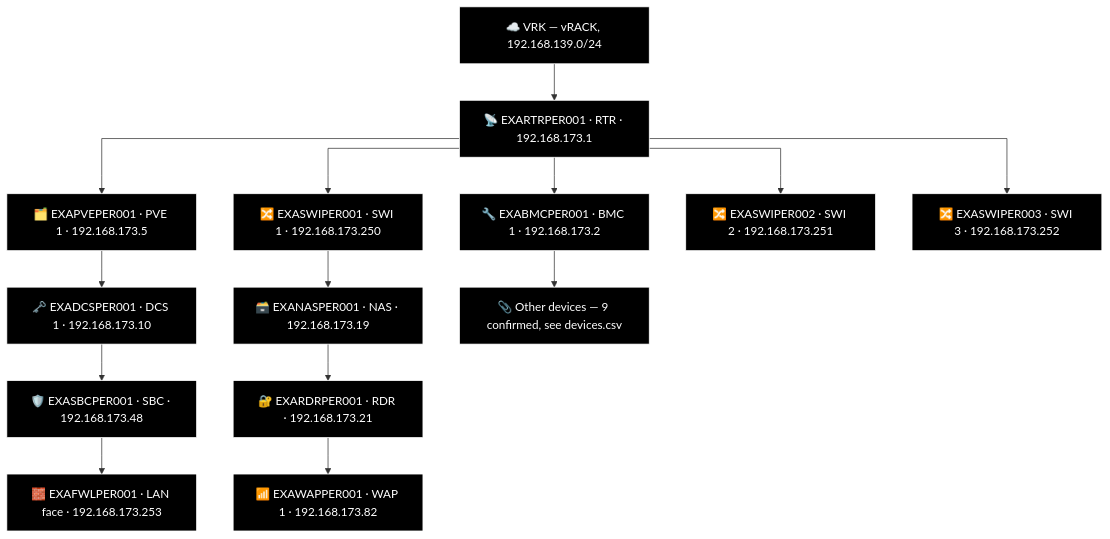
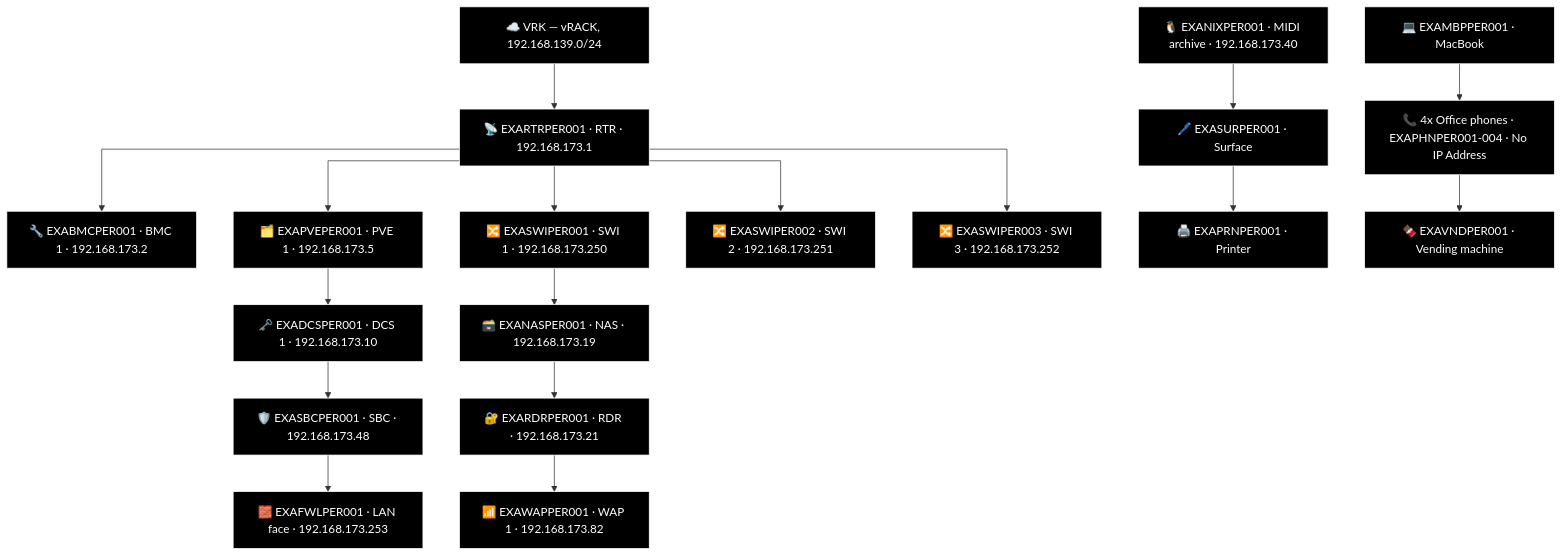
Diagram 12 of 14 in docs/network-diagram/scotland.md (knightmare2600/example_music_infra), drawn with Mermaid before and after one commit. The commit also changed other lines of this file and 8 other files, not shown here.

First line of the commit message:
generate_network_diagrams.py: port FAL's two-column "Other" bucket into the generator

````diff
--- a/docs/network-diagram/scotland.md
+++ b/docs/network-diagram/scotland.md
@@ -575,43 +596,54 @@
 ```mermaid
 %% GENERATED:TOPOLOGY:PER:START
 %%{init: {'flowchart': {'curve': 'stepAfter'}}}%%
 graph TD
     T_VRK["☁️ VRK — vRACK, 192.168.139.0/24"]
     T_RTR["📡 EXARTRPER001 · RTR · 192.168.173.1"]
     T_VRK --> T_RTR
     T_BMC["🔧 EXABMCPER001 · BMC 1 · 192.168.173.2"]
     T_RTR --> T_BMC
     T_PVE["🗂️ EXAPVEPER001 · PVE 1 · 192.168.173.5"]
     T_RTR --> T_PVE
     T_SWI["🔀 EXASWIPER001 · SWI 1 · 192.168.173.250"]
     T_RTR --> T_SWI
     T_SWI2["🔀 EXASWIPER002 · SWI 2 · 192.168.173.251"]
     T_RTR --> T_SWI2
     T_SWI3["🔀 EXASWIPER003 · SWI 3 · 192.168.173.252"]
     T_RTR --> T_SWI3
     T_NAS["🗃️ EXANASPER001 · NAS · 192.168.173.19"]
     T_RDR["🔐 EXARDRPER001 · RDR · 192.168.173.21"]
     T_WAP["📶 EXAWAPPER001 · WAP 1 · 192.168.173.82"]
     T_SWI --> T_NAS --> T_RDR --> T_WAP
     T_DCS["🗝️ EXADCSPER001 · DCS 1 · 192.168.173.10"]
     T_SBC["🛡️ EXASBCPER001 · SBC · 192.168.173.48"]
     T_FWL["🧱 EXAFWLPER001 · LAN face · 192.168.173.253"]
     T_PVE --> T_DCS --> T_SBC --> T_FWL
-    T_OTHER["📎 Other devices — 9 confirmed, see devices.csv"]
-    T_BMC --> T_OTHER
+    T_NIX["🐧 EXANIXPER001 · MIDI archive · 192.168.173.40"]
+    T_MBP["💻 EXAMBPPER001 · MacBook"]
+    T_SUR["🖊️ EXASURPER001 · Surface"]
+    T_OTH_PHN["📞 4x Office phones · EXAPHNPER001-004 · No IP Address"]
+    T_PRN["🖨️ EXAPRNPER001 · Printer"]
+    T_VND["🍫 EXAVNDPER001 · Vending machine"]
+    T_NIX --> T_SUR --> T_PRN
+    T_MBP --> T_OTH_PHN --> T_VND
     style T_VRK fill:#000000,stroke:#FFFFFF,color:#FFFFFF
     style T_RTR fill:#000000,stroke:#FFFFFF,color:#FFFFFF
     style T_BMC fill:#000000,stroke:#FFFFFF,color:#FFFFFF
     style T_PVE fill:#000000,stroke:#FFFFFF,color:#FFFFFF
     style T_SWI fill:#000000,stroke:#FFFFFF,color:#FFFFFF
     style T_SWI2 fill:#000000,stroke:#FFFFFF,color:#FFFFFF
     style T_SWI3 fill:#000000,stroke:#FFFFFF,color:#FFFFFF
     style T_NAS fill:#000000,stroke:#FFFFFF,color:#FFFFFF
     style T_RDR fill:#000000,stroke:#FFFFFF,color:#FFFFFF
     style T_WAP fill:#000000,stroke:#FFFFFF,color:#FFFFFF
     style T_DCS fill:#000000,stroke:#FFFFFF,color:#FFFFFF
     style T_SBC fill:#000000,stroke:#FFFFFF,color:#FFFFFF
     style T_FWL fill:#000000,stroke:#FFFFFF,color:#FFFFFF
-    style T_OTHER fill:#000000,stroke:#FFFFFF,color:#FFFFFF
+    style T_NIX fill:#000000,stroke:#FFFFFF,color:#FFFFFF
+    style T_MBP fill:#000000,stroke:#FFFFFF,color:#FFFFFF
+    style T_SUR fill:#000000,stroke:#FFFFFF,color:#FFFFFF
+    style T_OTH_PHN fill:#000000,stroke:#FFFFFF,color:#FFFFFF
+    style T_PRN fill:#000000,stroke:#FFFFFF,color:#FFFFFF
+    style T_VND fill:#000000,stroke:#FFFFFF,color:#FFFFFF
 %% GENERATED:TOPOLOGY:PER:END
 ```
````
